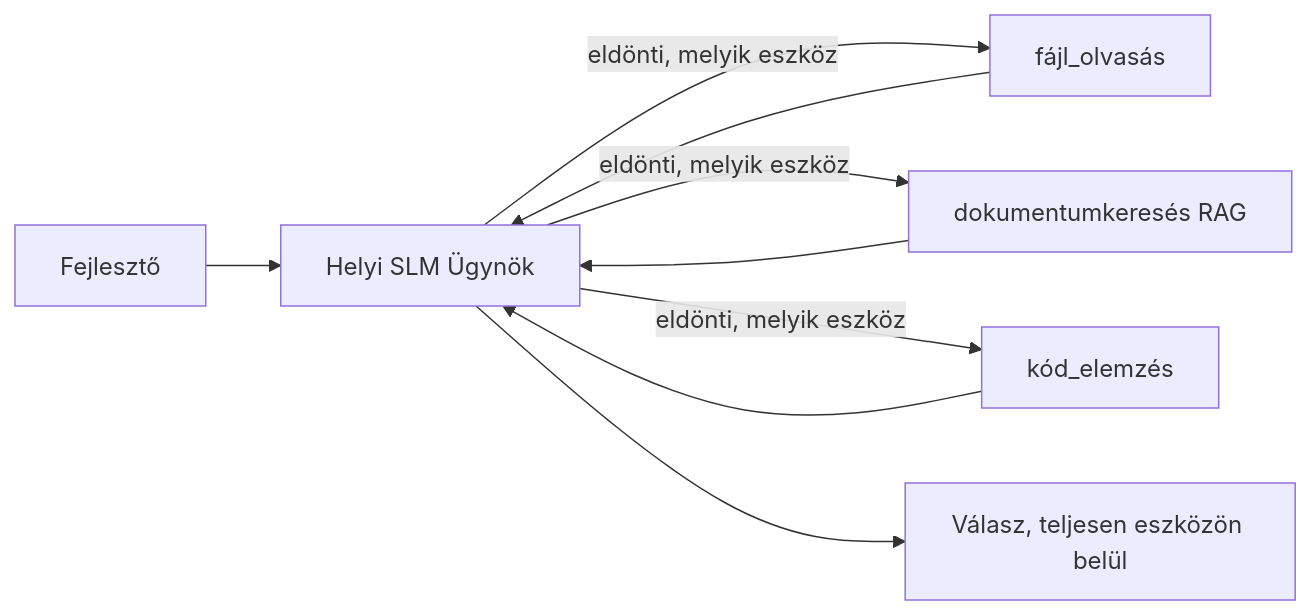
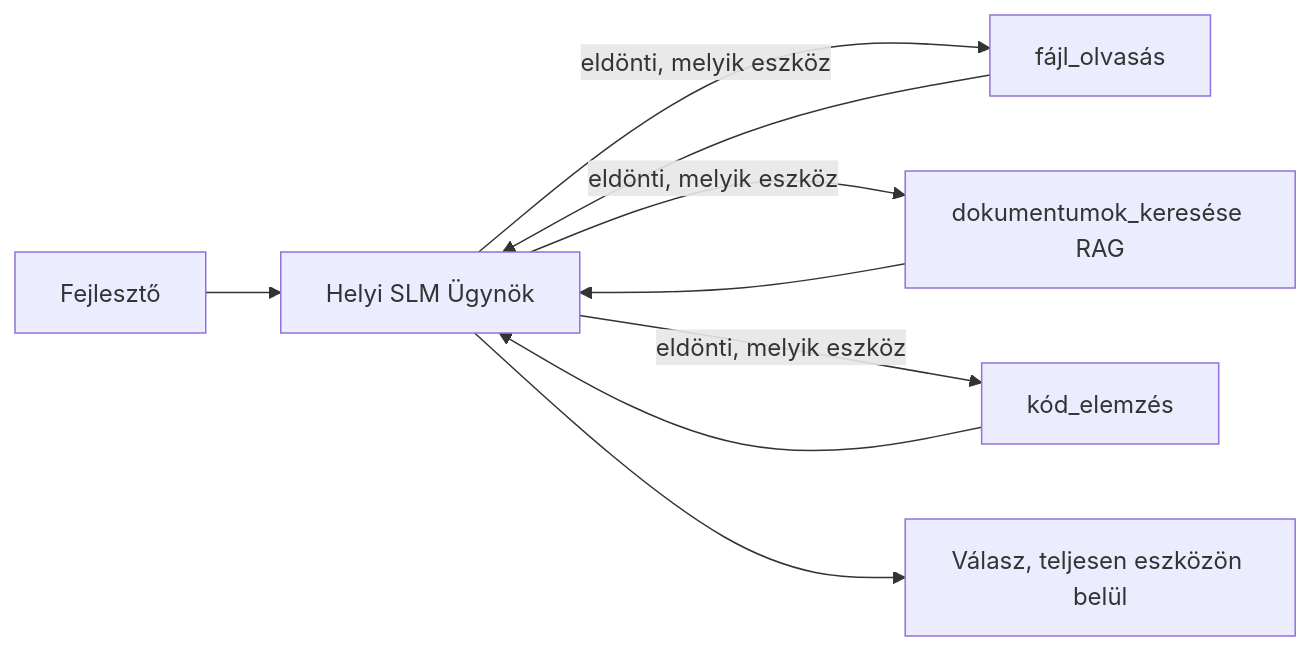
Before and after one commit to gabrielmoreira/agent-skills-mirror: the first of 4 diagrams in mirrors/repos/microsoft@ai-agents-for-beginners/translations/hu/17-creating-local-ai-agents/README.md, drawn with Mermaid. The commit also changed other lines of this file and 4262 other files, not shown here.

````diff
--- a/mirrors/repos/microsoft@ai-agents-for-beginners/translations/hu/17-creating-local-ai-agents/README.md
+++ b/mirrors/repos/microsoft@ai-agents-for-beginners/translations/hu/17-creating-local-ai-agents/README.md
@@ -66,11 +66,11 @@
 ```mermaid
 flowchart LR
     U[Fejlesztő] --> A[Helyi SLM Ügynök]
     A -->|eldönti, melyik eszköz| T1[fájl_olvasás]
-    A -->|eldönti, melyik eszköz| T2[dokumentumkeresés RAG]
+    A -->|eldönti, melyik eszköz| T2[dokumentumok_keresése RAG]
     A -->|eldönti, melyik eszköz| T3[kód_elemzés]
     T1 --> A
     T2 --> A
     T3 --> A
     A --> R[Válasz, teljesen eszközön belül]
 ```
````
